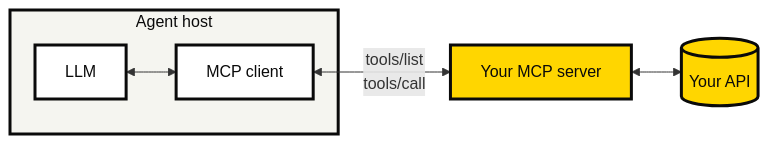
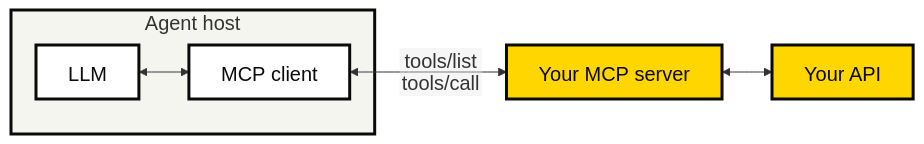
Before and after one commit to IndrajeetPatil/software-for-agentic-age: the third of 3 diagrams in index.qmd, drawn with Mermaid. The commit also changed other lines of this file and 2 other files, not shown here.

First line of the commit message:
fix(deck): stabilize mermaid labels and copy

````diff
--- a/index.qmd
+++ b/index.qmd
@@ -506,16 +508,17 @@
 ```{mermaid}
 %%| eval: true
 %%| echo: false
+%%{init: {"htmlLabels": false, "flowchart": {"htmlLabels": false, "padding": 16}, "themeVariables": {"fontFamily": "Space Grotesk, sans-serif", "fontSize": "20px"}}}%%
 flowchart LR
     subgraph Host["Agent host"]
         M[LLM] <--> C[MCP client]
     end
     C <-- "tools/list<br/>tools/call" --> S[Your MCP server]
-    S <--> API[(Your API)]
+    S <--> API[Your API]
 
     classDef box fill:#ffffff,stroke:#0a0a0a,stroke-width:3px,color:#0a0a0a
     classDef yours fill:#ffd600,stroke:#0a0a0a,stroke-width:3px,color:#0a0a0a
     class M,C box
     class S,API yours
     style Host fill:#f5f5f0,stroke:#0a0a0a,stroke-width:3px,color:#0a0a0a
 ```
````
